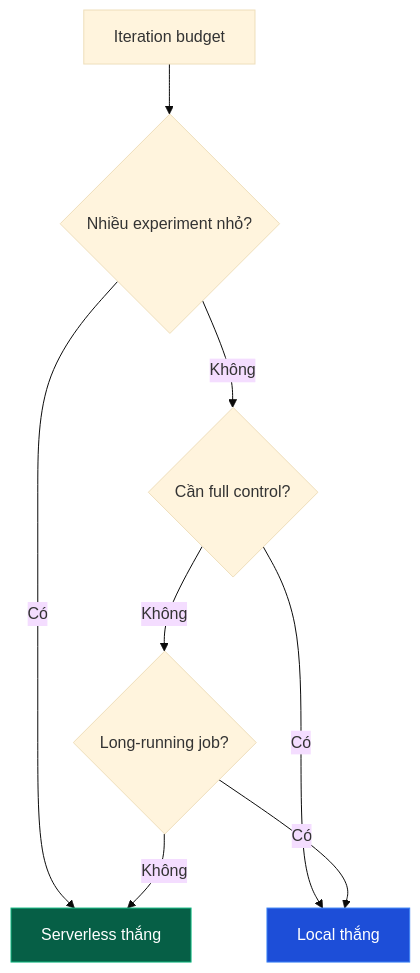
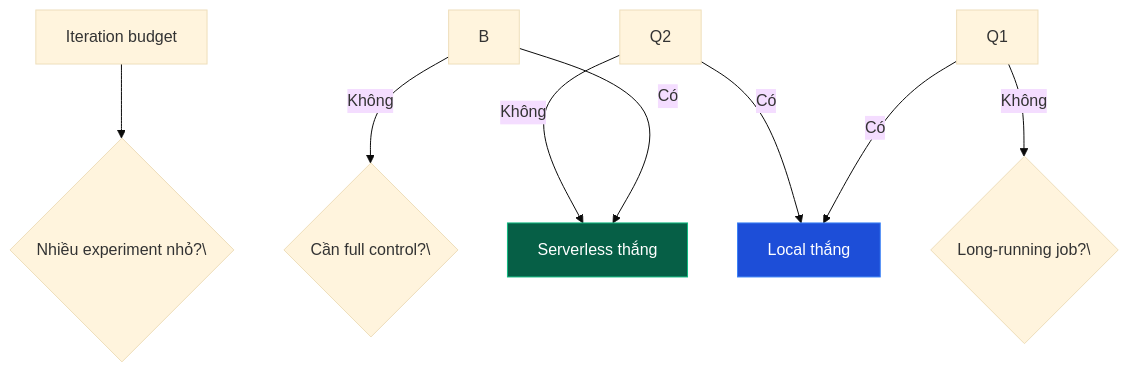
The diagram in docs/experiments_deep_dive/exp_1_local_vs_serverless.md (tuandung222/art-architecture-lectures), drawn with Mermaid (base theme) before and after one commit. The commit also changed 20 other files, not shown here.

````diff
--- a/docs/experiments_deep_dive/exp_1_local_vs_serverless.md
+++ b/docs/experiments_deep_dive/exp_1_local_vs_serverless.md
@@ -62,15 +62,15 @@
 ```mermaid
 graph TD
-    A[Iteration budget] --> B{Nhiều experiment nhỏ?}
+    A[Iteration budget] --> B\{Nhiều experiment nhỏ?\}
     B -- Có --> SB[Serverless thắng]
-    B -- Không --> Q1{Cần full control?}
+    B -- Không --> Q1\{Cần full control?\}
 
     Q1 -- Có --> LB[Local thắng]
-    Q1 -- Không --> Q2{Long-running job?}
+    Q1 -- Không --> Q2\{Long-running job?\}
 
     Q2 -- Có --> LB
     Q2 -- Không --> SB
 
     style SB fill:#065f46,stroke:#10b981,color:#fff
     style LB fill:#1d4ed8,stroke:#3b82f6,color:#fff
 ```
````
